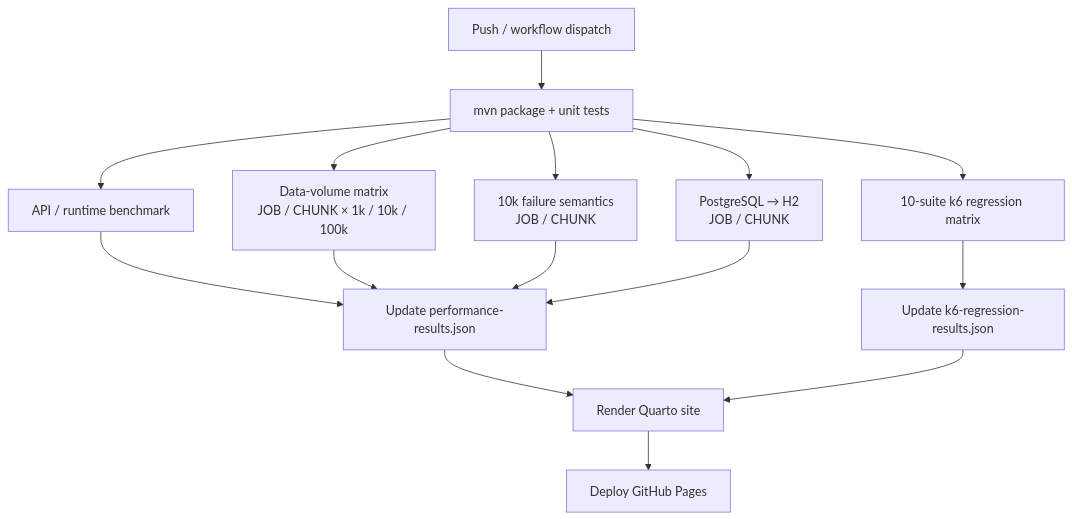
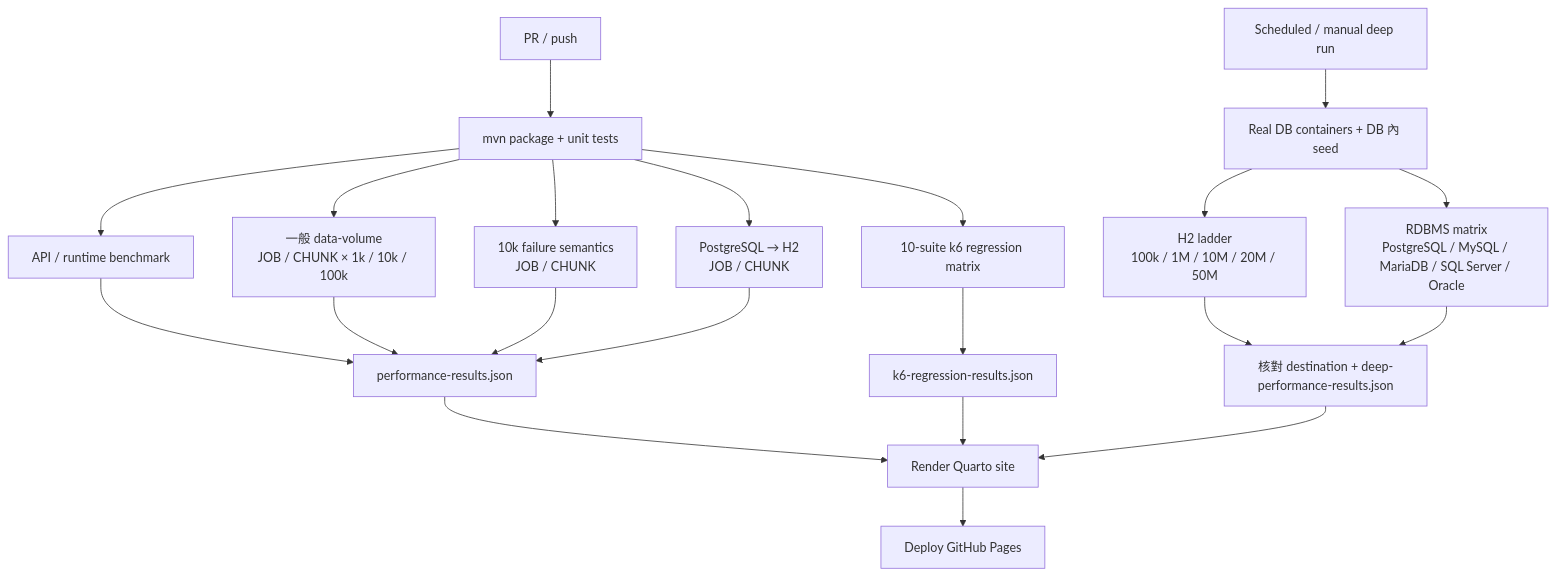
Before and after one commit to tibame201020/IrisPipe: the diagram in quarto/zh-TW/performance.qmd, drawn with Mermaid. The commit also changed other lines of this file and 8 other files, not shown here.

````diff
--- a/quarto/zh-TW/performance.qmd
+++ b/quarto/zh-TW/performance.qmd
@@ -68,19 +74,26 @@
 ```{mermaid}
 flowchart TD
-  P["Push / workflow dispatch"] --> B["mvn package + unit tests"]
+  P["PR / push"] --> B["mvn package + unit tests"]
   B --> A["API / runtime benchmark"]
-  B --> V["Data-volume matrix\nJOB / CHUNK × 1k / 10k / 100k"]
+  B --> V["一般 data-volume\nJOB / CHUNK × 1k / 10k / 100k"]
   B --> F["10k failure semantics\nJOB / CHUNK"]
   B --> X["PostgreSQL → H2\nJOB / CHUNK"]
   B --> R["10-suite k6 regression matrix"]
 
-  A --> KP["Update performance-results.json"]
+  S["Scheduled / manual deep run"] --> DB["Real DB containers + DB 內 seed"]
+  DB --> H["H2 ladder\n100k / 1M / 10M / 20M / 50M"]
+  DB --> M["RDBMS matrix\nPostgreSQL / MySQL / MariaDB / SQL Server / Oracle"]
+  H --> DP["核對 destination + deep-performance-results.json"]
+  M --> DP
+
+  A --> KP["performance-results.json"]
   V --> KP
   F --> KP
   X --> KP
-  R --> RP["Update k6-regression-results.json"]
+  R --> RP["k6-regression-results.json"]
 
   KP --> Q["Render Quarto site"]
   RP --> Q
+  DP --> Q
   Q --> D["Deploy GitHub Pages"]
 ```
````
